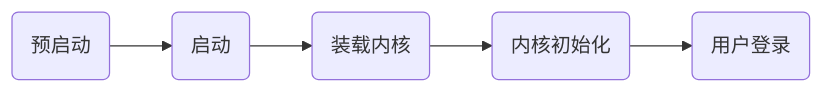
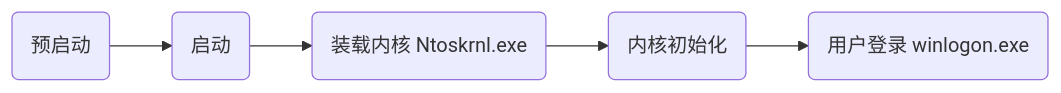
The second of 6 diagrams in notes_dev/soft_security/basic.md (jasonren0403/notes), drawn with Mermaid before and after one commit. The commit also changed other lines of this file and 10 other files, not shown here.

````diff
--- a/notes_dev/soft_security/basic.md
+++ b/notes_dev/soft_security/basic.md
@@ -52,4 +54,4 @@
 		```mermaid
 		graph LR
-		id1(预启动) --> id2(启动) --> id3(装载内核) --> id4(内核初始化) --> id5(用户登录)
+		id1(预启动) --> id2(启动) --> id3(装载内核 Ntoskrnl.exe) --> id4(内核初始化) --> id5(用户登录 winlogon.exe)
 		```
````
